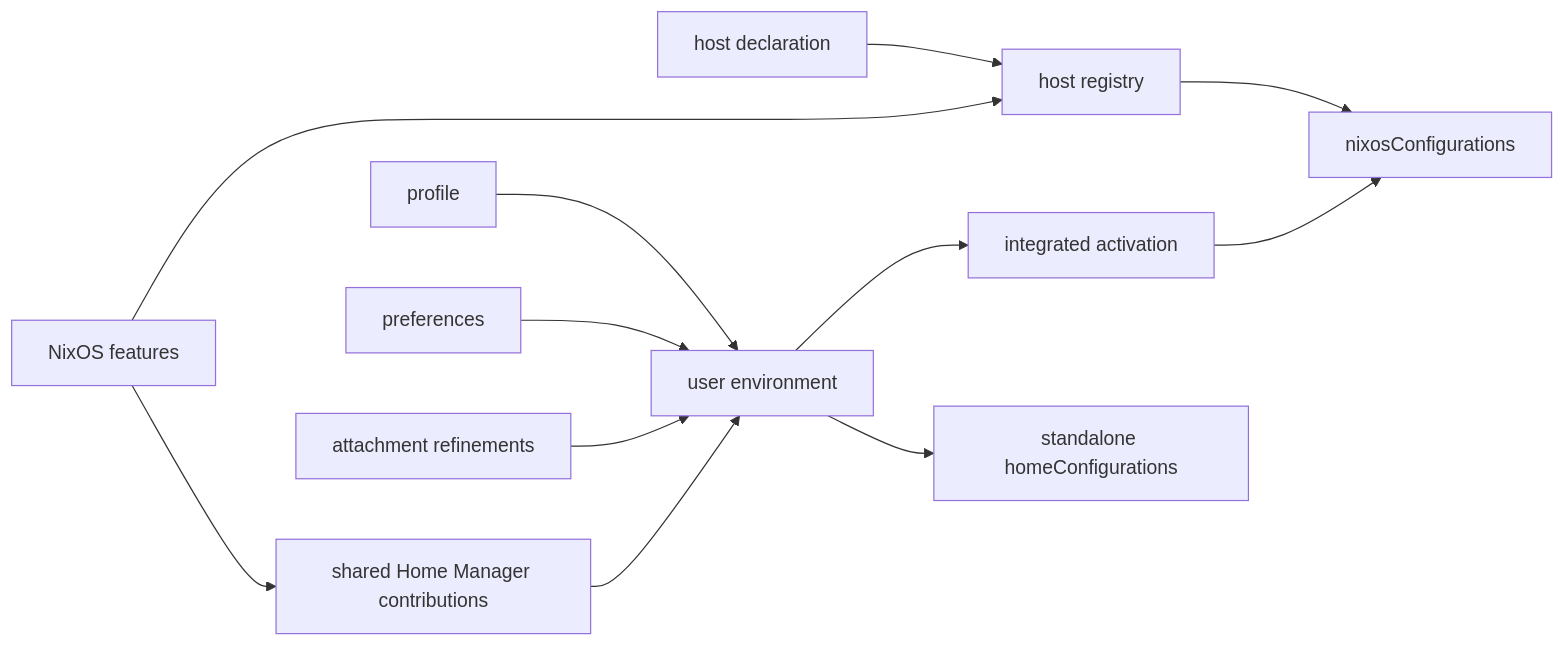
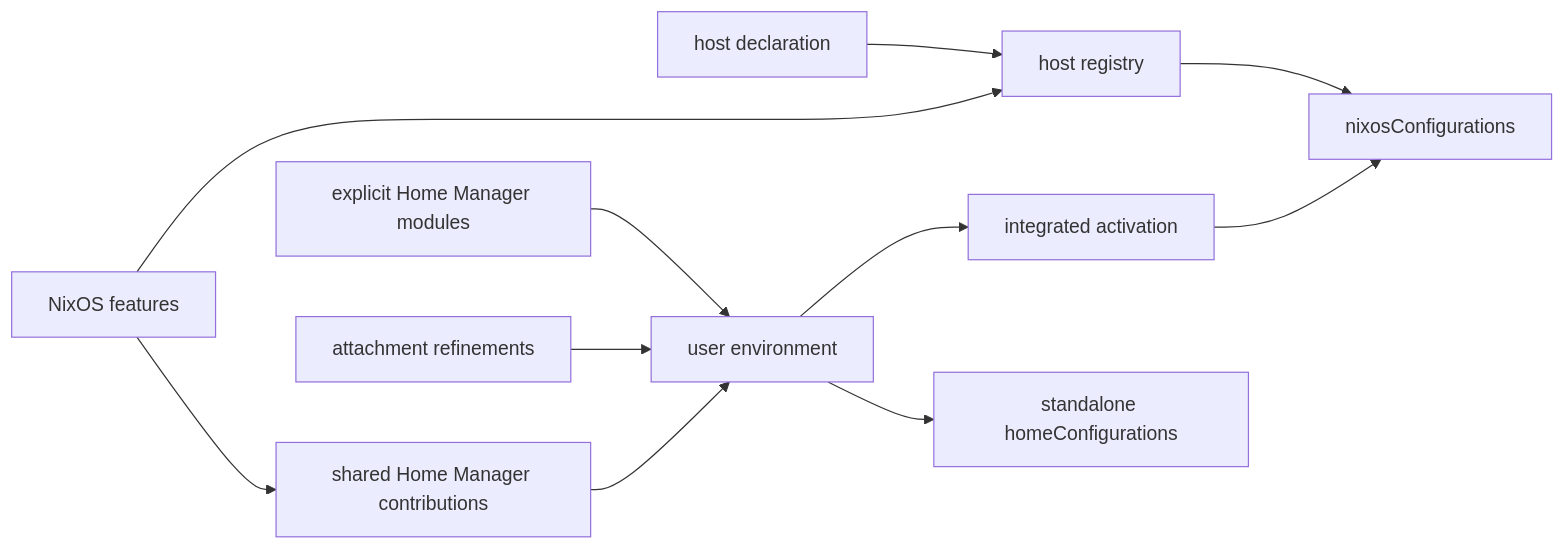
Before and after one commit to alaestor/mirror-flake: the diagram in docs/hosts-and-homes.md, drawn with Mermaid. The commit also changed other lines of this file and 9 other files, not shown here.

Commit message:
feat!: removed homeProfile

````diff
--- a/docs/hosts-and-homes.md
+++ b/docs/hosts-and-homes.md
@@ -13,14 +13,13 @@
 ```mermaid
 flowchart LR
     H[host declaration] --> R[host registry]
     F[NixOS features] --> R
     F --> C[shared Home Manager contributions]
-    P[profile] --> E[user environment]
-    U[preferences] --> E
+    M[explicit Home Manager modules] --> E[user environment]
     A[attachment refinements] --> E
     C --> E
     R --> N[nixosConfigurations]
     E --> I[integrated activation]
     E --> S[standalone homeConfigurations]
     I --> N
 ```
````
